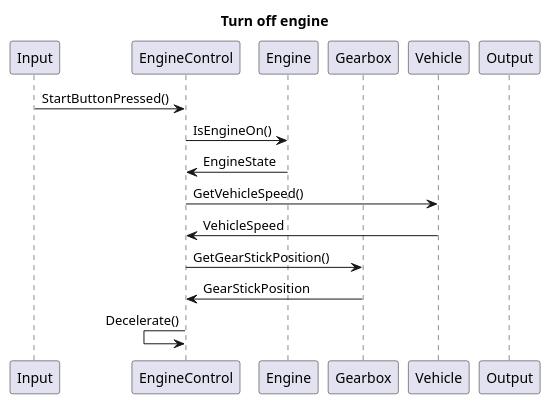
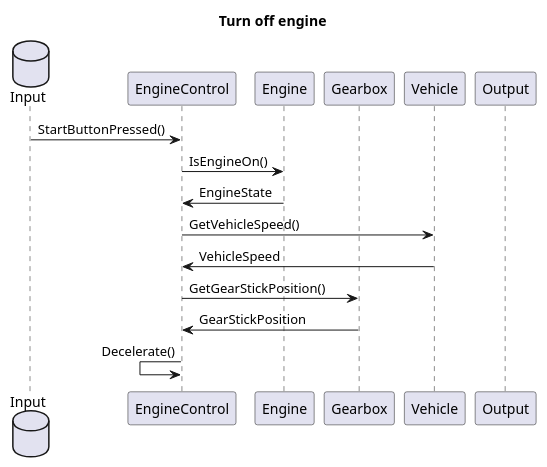
Before and after one commit to SubspaceBob/bootcamp_project: the diagram in docs/src/sequence_turn_off_engine.wsd, drawn with PlantUML. The commit also changed 5 other files, not shown here.

Commit message:
updates to sequence diagrams!

```diff
--- a/docs/src/sequence_turn_off_engine.wsd
+++ b/docs/src/sequence_turn_off_engine.wsd
@@ -1,17 +1,17 @@
 @startuml
 title Turn off engine
-participant Input
+database Input
 participant EngineControl
 participant Engine
 participant Gearbox
 participant Vehicle
 participant Output
 Input -> EngineControl : StartButtonPressed()
 EngineControl -> Engine : IsEngineOn()
 EngineControl <- Engine : EngineState
 EngineControl -> Vehicle : GetVehicleSpeed()
 EngineControl <- Vehicle : VehicleSpeed
 EngineControl -> Gearbox : GetGearStickPosition()
 EngineControl <- Gearbox : GearStickPosition
 EngineControl <- EngineControl : Decelerate()
 @enduml
```
